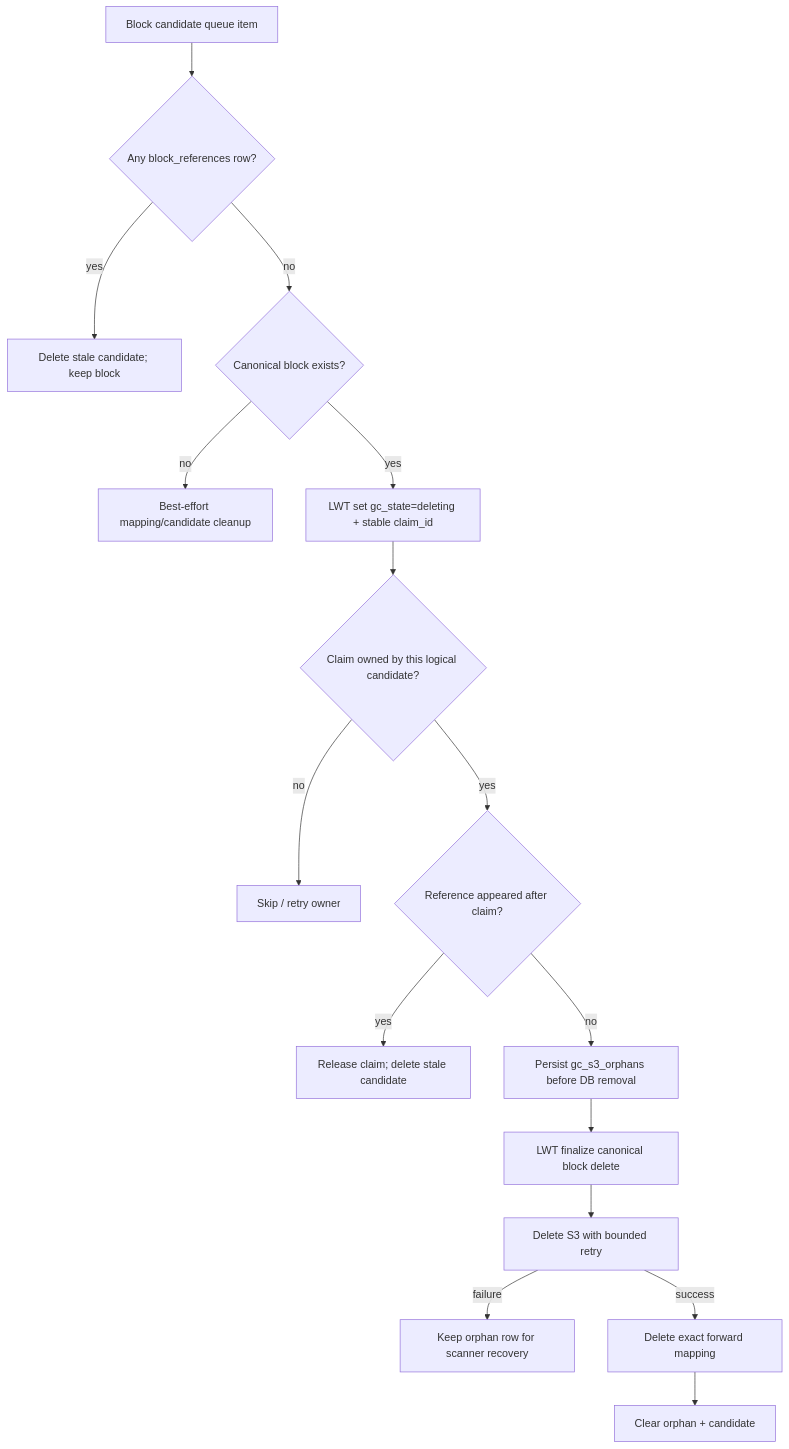
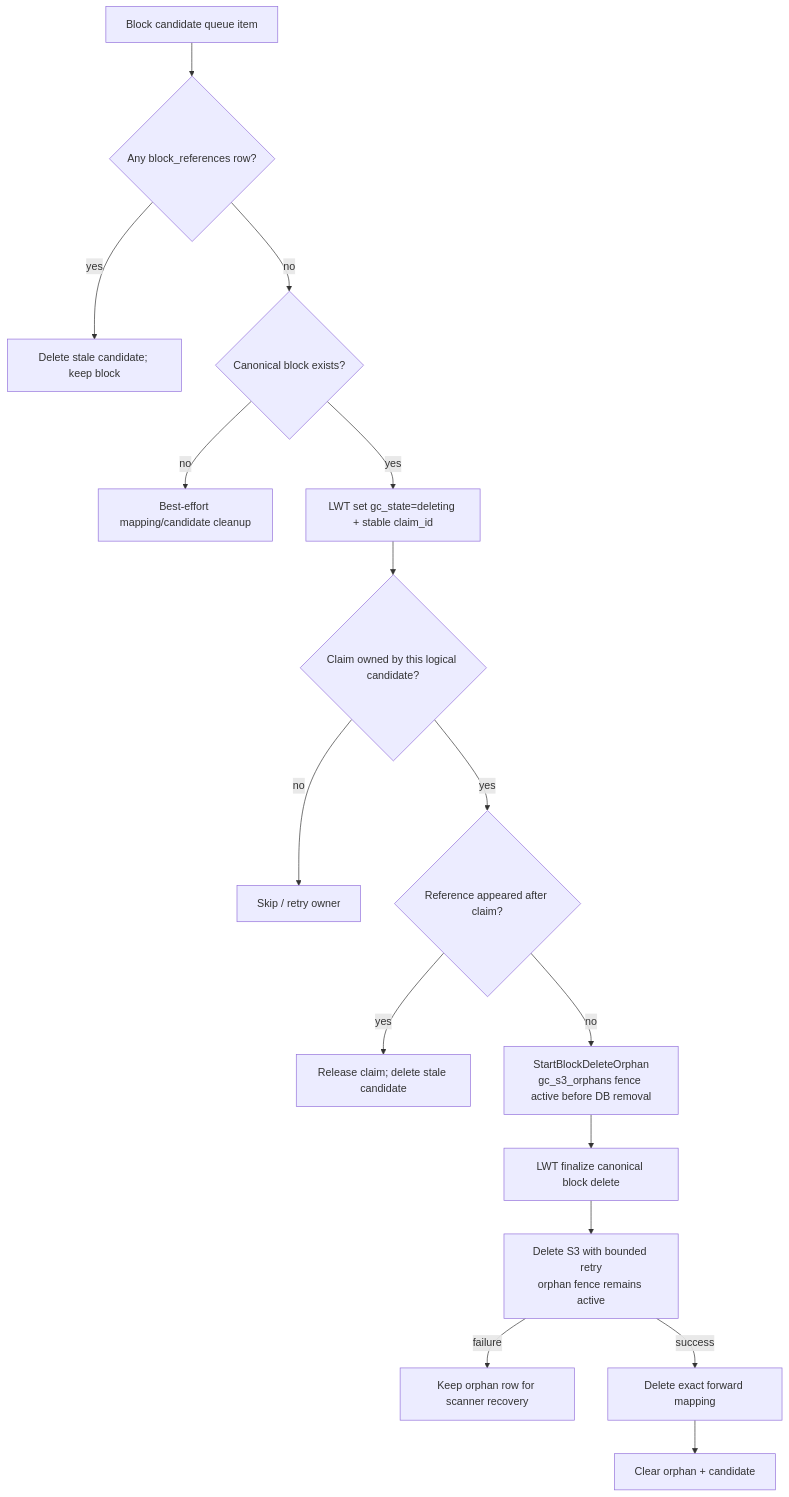
The second of 5 diagrams in docs/diagrams/gc-flow.md (Sesame-Disk/cool-storage-api), drawn with Mermaid before and after one commit. The commit also changed other lines of this file and 8 other files, not shown here.

````diff
--- a/docs/diagrams/gc-flow.md
+++ b/docs/diagrams/gc-flow.md
@@ -35,18 +36,18 @@
 ```mermaid
 flowchart TD
     Start[Block candidate queue item] --> Refs{Any block_references row?}
     Refs -->|yes| Stale[Delete stale candidate; keep block]
     Refs -->|no| Exists{Canonical block exists?}
     Exists -->|no| CleanupMissing[Best-effort mapping/candidate cleanup]
     Exists -->|yes| Claim[LWT set gc_state=deleting + stable claim_id]
     Claim --> Won{Claim owned by this logical candidate?}
     Won -->|no| Skip[Skip / retry owner]
     Won -->|yes| Recheck{Reference appeared after claim?}
     Recheck -->|yes| Release[Release claim; delete stale candidate]
-    Recheck -->|no| WAL[Persist gc_s3_orphans before DB removal]
+    Recheck -->|no| WAL[StartBlockDeleteOrphan<br/>gc_s3_orphans fence active before DB removal]
     WAL --> Finalize[LWT finalize canonical block delete]
-    Finalize --> S3[Delete S3 with bounded retry]
+    Finalize --> S3[Delete S3 with bounded retry<br/>orphan fence remains active]
     S3 -->|failure| Recover[Keep orphan row for scanner recovery]
     S3 -->|success| Mapping[Delete exact forward mapping]
     Mapping --> Clear[Clear orphan + candidate]
 ```
````
